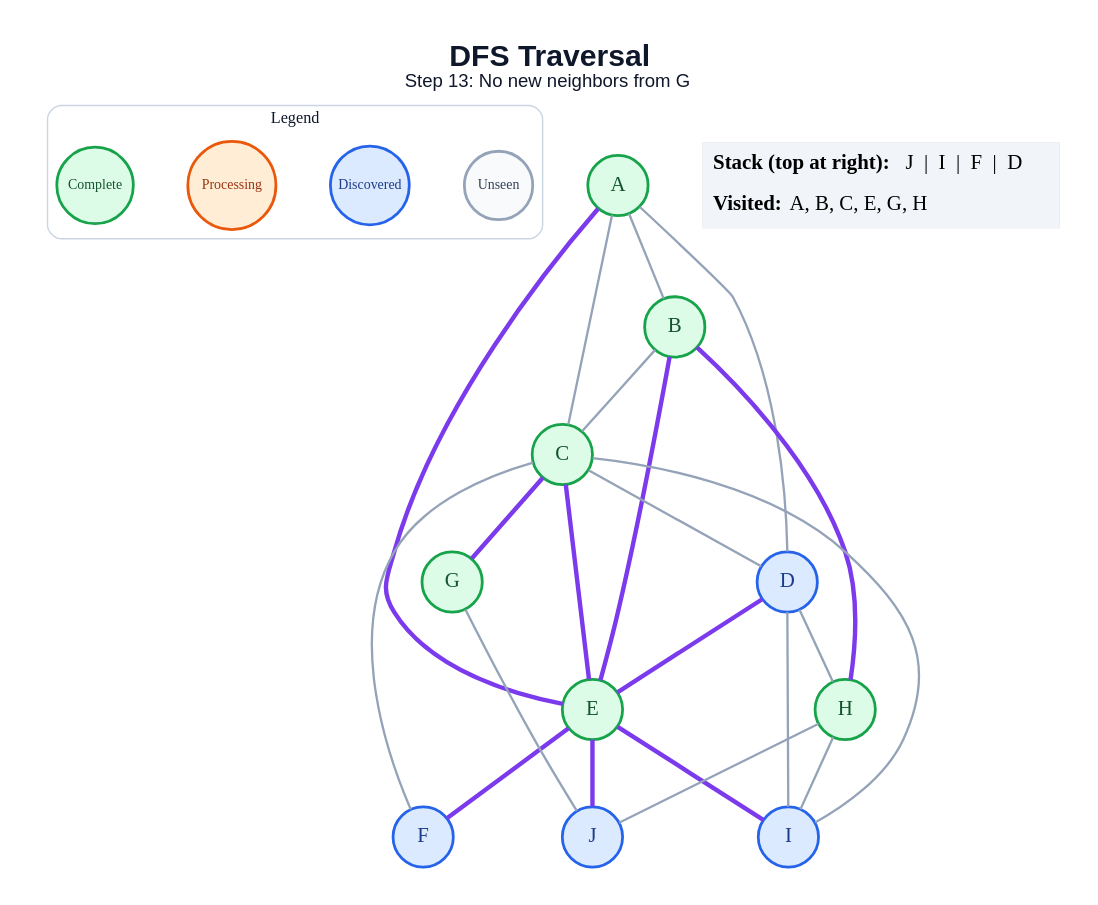
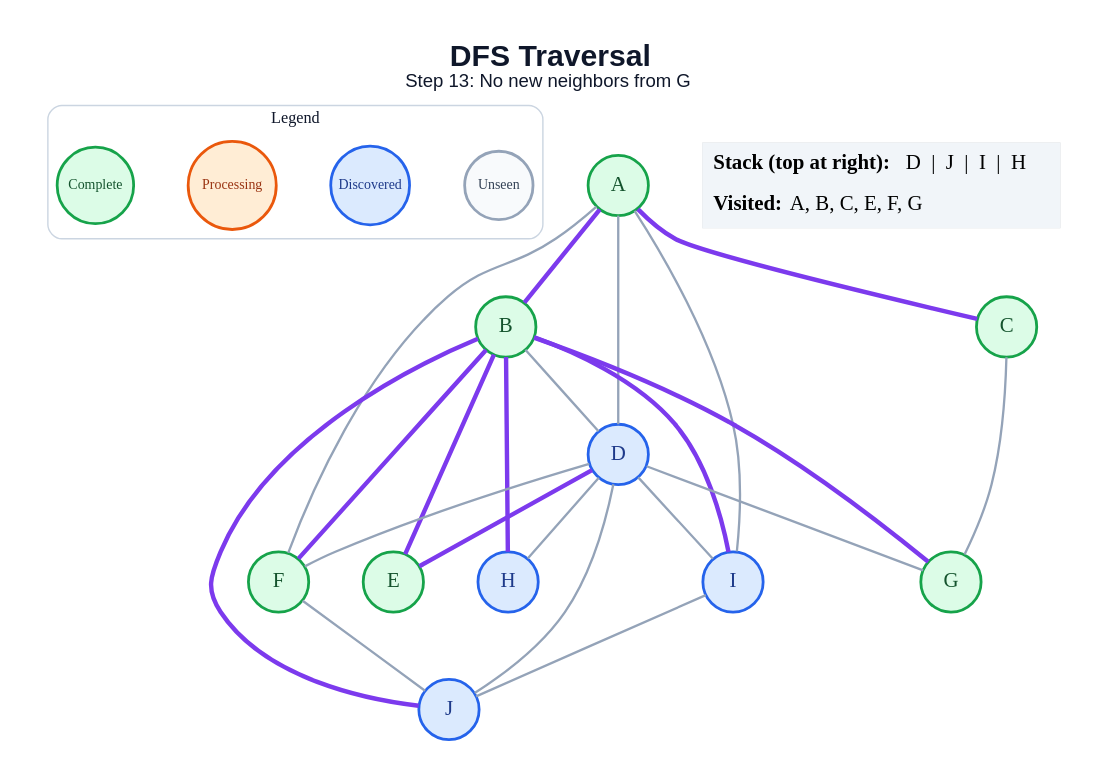
Before and after one commit to anon7238593-create/ai-slop: the diagram in generated/specific-node/dfs/step_13.dot, drawn with Graphviz. The commit also changed 171 other files, not shown here.

```diff
--- a/generated/specific-node/dfs/step_13.dot
+++ b/generated/specific-node/dfs/step_13.dot
@@ -1,50 +1,50 @@
 graph traversal {
   graph [layout=dot, rankdir=TB, bgcolor="#FFFFFF", pad="0.35", nodesep="0.65", ranksep="0.8", fontname="Arial"];
   node [shape=circle, style="filled", fontname="Arial Bold", fontsize=18, width=0.72, fixedsize=true, penwidth=2.4];
   edge [color="#94A3B8", penwidth=2.0];
   label=<<B>DFS Traversal</B><BR/><FONT POINT-SIZE="16">Step 13: No new neighbors from G</FONT>>; labelloc="t"; fontsize=26; fontname="Arial"; fontcolor="#0F172A";
   subgraph cluster_legend { label="Legend"; color="#CBD5E1"; penwidth=1.2; style="rounded"; fontsize=14; fontname="Arial Bold";
     key_unseen [label="Unseen", fillcolor="#F8FAFC", color="#94A3B8", fontcolor="#334155", fontsize=12, width=0.82];
     key_frontier [label="Discovered", fillcolor="#DBEAFE", color="#2563EB", fontcolor="#1E3A8A", fontsize=12, width=0.95];
     key_current [label="Processing", fillcolor="#FFEDD5", color="#EA580C", fontcolor="#9A3412", fontsize=12, width=1.05];
     key_done [label="Complete", fillcolor="#DCFCE7", color="#16A34A", fontcolor="#14532D", fontsize=12, width=0.92];
     { rank=same; key_unseen; key_frontier; key_current; key_done; }
   }
   A [fillcolor="#DCFCE7", color="#16A34A", fontcolor="#14532D"];
   B [fillcolor="#DCFCE7", color="#16A34A", fontcolor="#14532D"];
   C [fillcolor="#DCFCE7", color="#16A34A", fontcolor="#14532D"];
   D [fillcolor="#DBEAFE", color="#2563EB", fontcolor="#1E3A8A"];
   E [fillcolor="#DCFCE7", color="#16A34A", fontcolor="#14532D"];
-  F [fillcolor="#DBEAFE", color="#2563EB", fontcolor="#1E3A8A"];
+  F [fillcolor="#DCFCE7", color="#16A34A", fontcolor="#14532D"];
   G [fillcolor="#DCFCE7", color="#16A34A", fontcolor="#14532D"];
-  H [fillcolor="#DCFCE7", color="#16A34A", fontcolor="#14532D"];
+  H [fillcolor="#DBEAFE", color="#2563EB", fontcolor="#1E3A8A"];
   I [fillcolor="#DBEAFE", color="#2563EB", fontcolor="#1E3A8A"];
   J [fillcolor="#DBEAFE", color="#2563EB", fontcolor="#1E3A8A"];
-  A -- B;
-  A -- C;
+  A -- B [color="#7C3AED", penwidth=3.8];
+  A -- C [color="#7C3AED", penwidth=3.8];
   A -- D;
-  A -- E [color="#7C3AED", penwidth=3.8];
-  B -- C;
+  A -- F;
+  A -- I;
+  B -- D;
   B -- E [color="#7C3AED", penwidth=3.8];
+  B -- F [color="#7C3AED", penwidth=3.8];
+  B -- G [color="#7C3AED", penwidth=3.8];
   B -- H [color="#7C3AED", penwidth=3.8];
-  C -- D;
-  C -- E [color="#7C3AED", penwidth=3.8];
-  C -- F;
-  C -- G [color="#7C3AED", penwidth=3.8];
-  C -- I;
+  B -- I [color="#7C3AED", penwidth=3.8];
+  B -- J [color="#7C3AED", penwidth=3.8];
+  C -- G;
   D -- E [color="#7C3AED", penwidth=3.8];
+  D -- F;
+  D -- G;
   D -- H;
   D -- I;
-  E -- F [color="#7C3AED", penwidth=3.8];
-  E -- I [color="#7C3AED", penwidth=3.8];
-  E -- J [color="#7C3AED", penwidth=3.8];
-  G -- J;
-  H -- I;
-  H -- J;
+  D -- J;
+  F -- J;
+  I -- J;
   status [shape=plain, fixedsize=false, width=0, height=0, margin=0, label=<
     <TABLE BORDER="0" CELLBORDER="0" CELLPADDING="7" BGCOLOR="#F1F5F9">
-      <TR><TD ALIGN="LEFT"><B>Stack (top at right):</B> J  |  I  |  F  |  D</TD></TR>
-      <TR><TD ALIGN="LEFT"><B>Visited:</B> A, B, C, E, G, H</TD></TR>
+      <TR><TD ALIGN="LEFT"><B>Stack (top at right):</B> D  |  J  |  I  |  H</TD></TR>
+      <TR><TD ALIGN="LEFT"><B>Visited:</B> A, B, C, E, F, G</TD></TR>
     </TABLE>
   >];
 }
```
